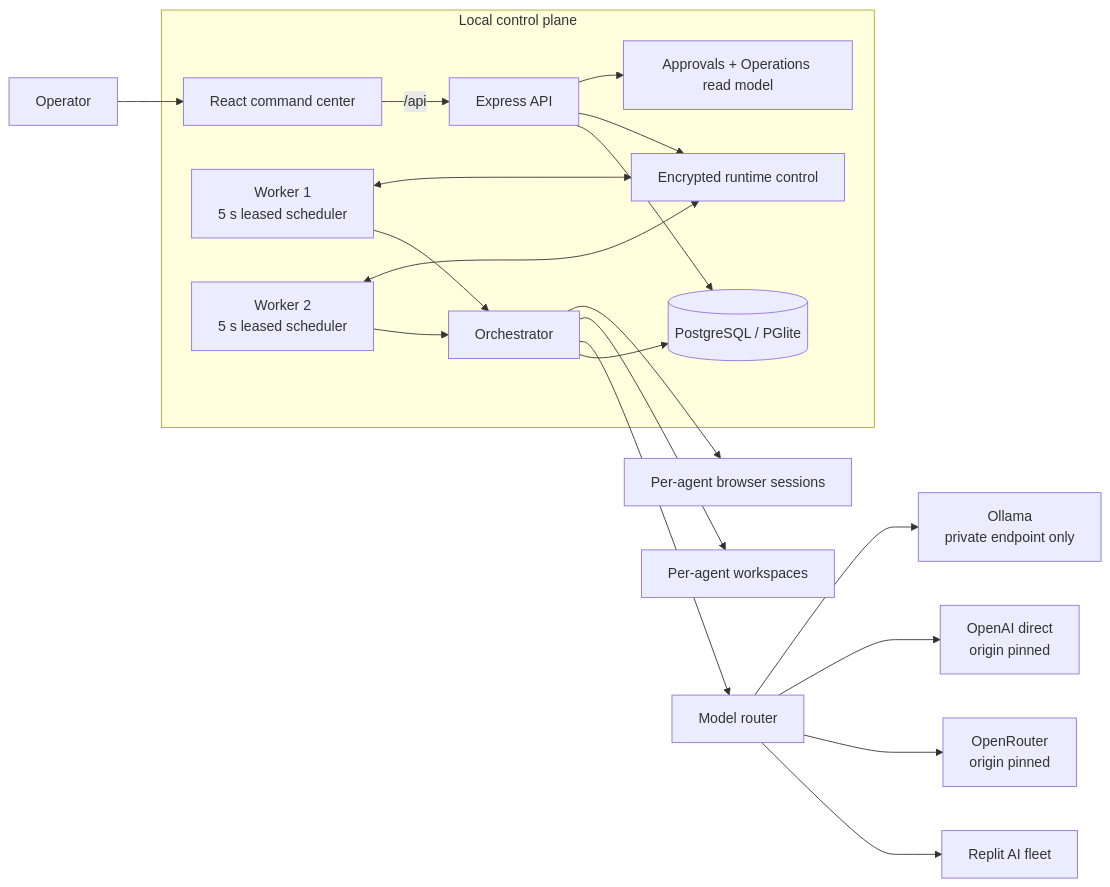
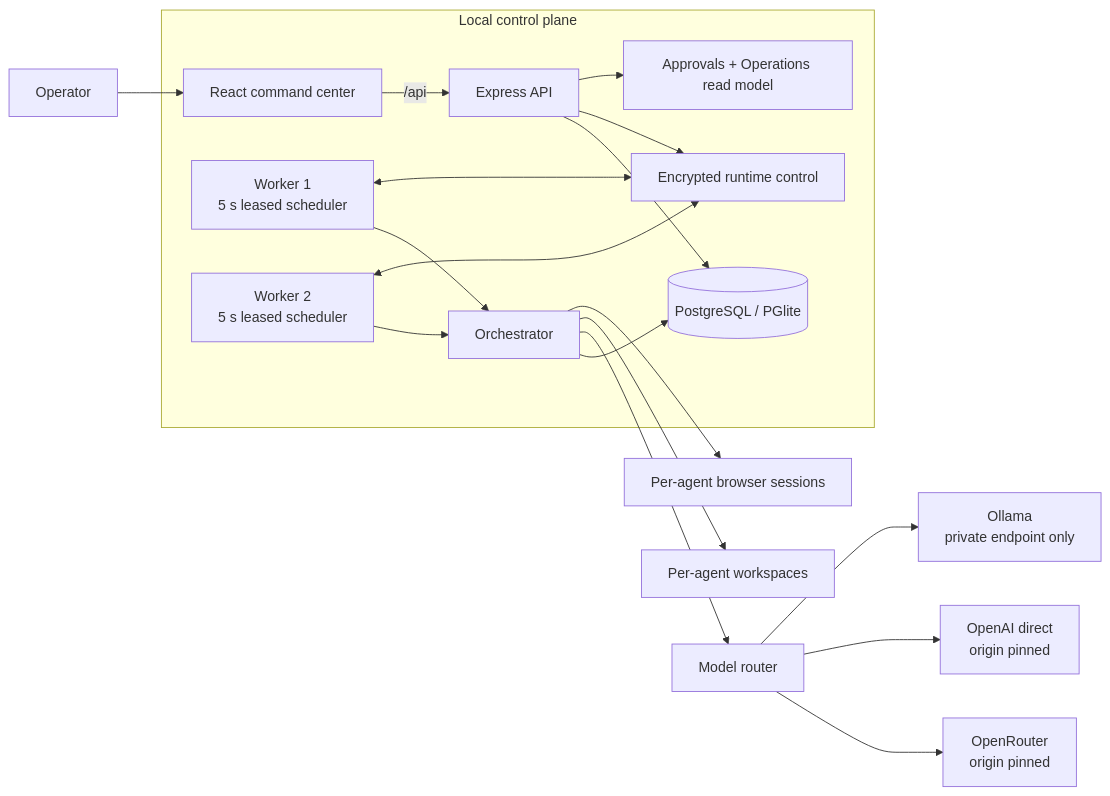
Before and after one commit to halittayyar0/Agentic-Company-OS: the diagram in docs/operator-reference.md, drawn with Mermaid. The commit also changed other lines of this file and 85 other files, not shown here.

````diff
--- a/docs/operator-reference.md
+++ b/docs/operator-reference.md
@@ -9,24 +9,23 @@
 ```mermaid
 flowchart LR
   Operator["Operator"] --> UI["React command center"]
 
   subgraph Control["Local control plane"]
     UI -->|"/api"| API["Express API"]
     API --> DB[("PostgreSQL / PGlite")]
     API --> CONTROL["Encrypted runtime control"]
     W1["Worker 1\n5 s leased scheduler"] --> ORCH["Orchestrator"]
     W2["Worker 2\n5 s leased scheduler"] --> ORCH
     W1 <--> CONTROL
     W2 <--> CONTROL
     ORCH --> DB
     API --> APPROVALS["Approvals + Operations read model"]
   end
 
   ORCH --> ROUTER["Model router"]
-  ROUTER --> REPLIT["Replit AI fleet"]
   ROUTER --> OPENROUTER["OpenRouter\norigin pinned"]
   ROUTER --> OPENAI["OpenAI direct\norigin pinned"]
   ROUTER --> OLLAMA["Ollama\nprivate endpoint only"]
   ORCH --> WORKSPACES["Per-agent workspaces"]
   ORCH --> BROWSERS["Per-agent browser sessions"]
 ```
````
